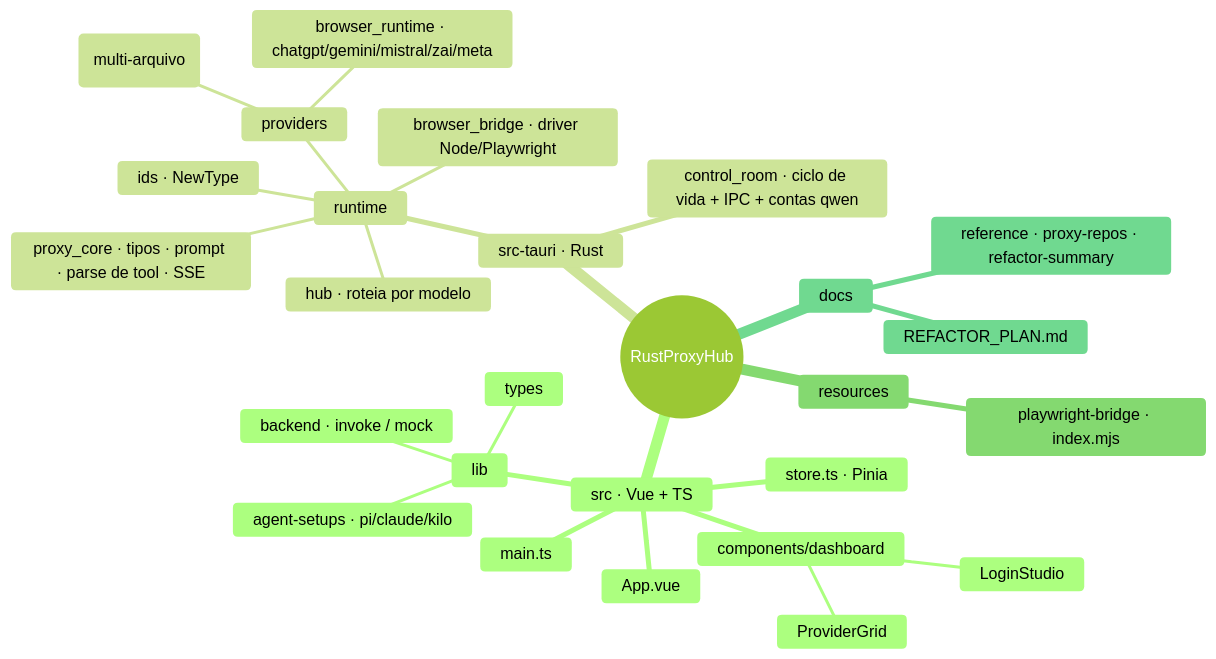
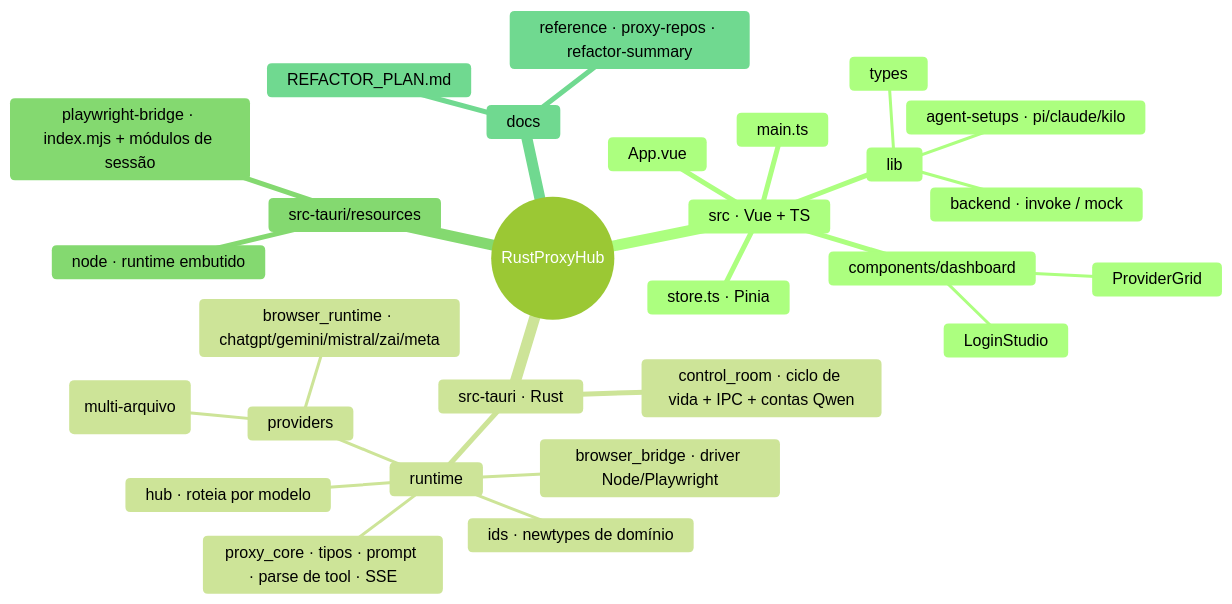
One commit to SobralCybersec/RustProxyHub changed the seventh of 7 diagrams in README.pt-BR.md. Above: the diagram before and after it, drawn with Mermaid (forest theme). The commit also changed other lines of this file and 2 other files, not shown here.

````diff
--- a/README.pt-BR.md
+++ b/README.pt-BR.md
@@ -403,30 +431,31 @@
 ```mermaid
 mindmap
   root((RustProxyHub))
     src · Vue + TS
       main.ts
       App.vue
       store.ts · Pinia
       components/dashboard
         LoginStudio
         ProviderGrid
       lib
         backend · invoke / mock
         agent-setups · pi/claude/kilo
         types
     src-tauri · Rust
-      control_room · ciclo de vida + IPC + contas qwen
+      control_room · ciclo de vida + IPC + contas Qwen
       runtime
         proxy_core · tipos · prompt · parse de tool · SSE
-        ids · NewType
+        ids · newtypes de domínio
         hub · roteia por modelo
         providers
           deepseek · kimi · qwen (multi-arquivo)
           browser_runtime · chatgpt/gemini/mistral/zai/meta
         browser_bridge · driver Node/Playwright
-    resources
-      playwright-bridge · index.mjs
+    src-tauri/resources
+      playwright-bridge · index.mjs + módulos de sessão
+      node · runtime embutido
     docs
       reference · proxy-repos · refactor-summary
       REFACTOR_PLAN.md
 ```
````
